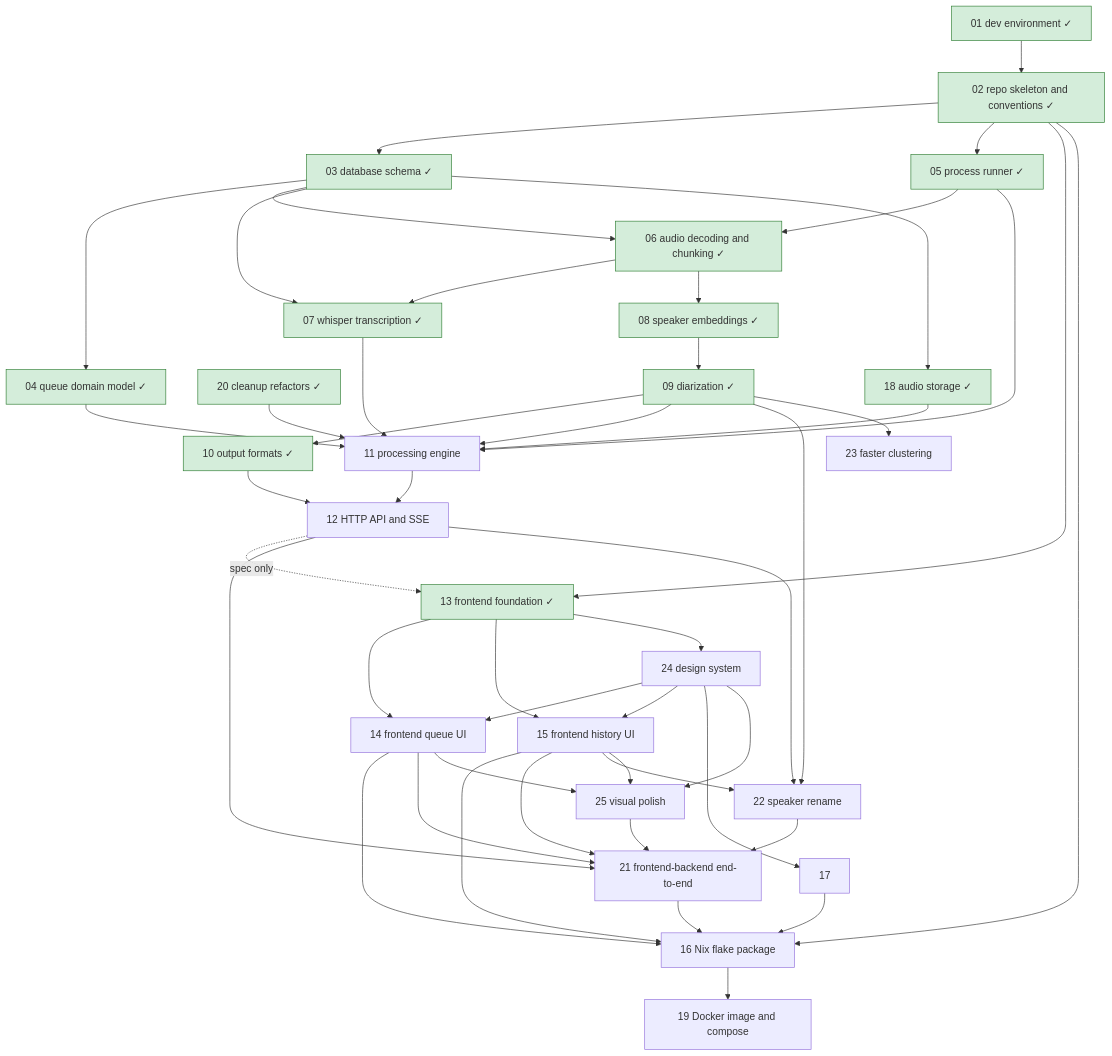
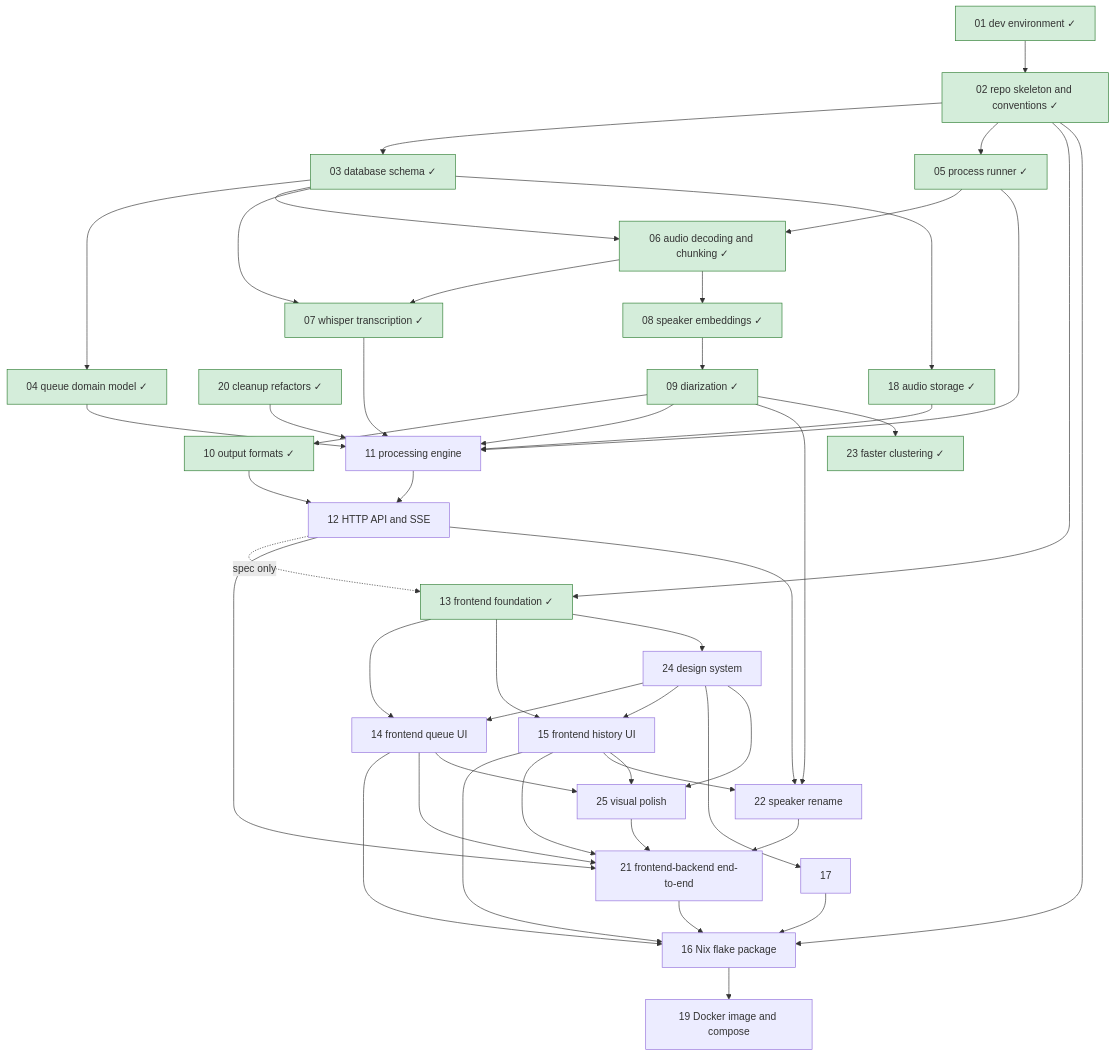
One commit to lulu-berlin/speech-to-text-app changed the diagram in roadmap/README.md. Above: the diagram before and after it, drawn with Mermaid. The commit also changed other lines of this file and 2 other files, not shown here.

Commit message:
Complete roadmap item 23: move spec to docs/specs/faster-clustering.md

````diff
--- a/roadmap/README.md
+++ b/roadmap/README.md
@@ -17,51 +17,51 @@
 ```mermaid
 graph TD
   01[01 dev environment ✓]:::done --> 02[02 repo skeleton and conventions ✓]:::done
   02 --> 03[03 database schema ✓]:::done
   03 --> 04[04 queue domain model ✓]:::done
   02 --> 05[05 process runner ✓]:::done
   05 --> 06[06 audio decoding and chunking ✓]:::done
   03 --> 06
   06 --> 07[07 whisper transcription ✓]:::done
   03 --> 07
   06 --> 08[08 speaker embeddings ✓]:::done
   08 --> 09[09 diarization ✓]:::done
   09 --> 10[10 output formats ✓]:::done
   04 --> 11[11 processing engine]
   05 --> 11
   07 --> 11
   09 --> 11
   03 --> 18[18 audio storage ✓]:::done
   18 --> 11
   20 --> 11
   11 --> 12[12 HTTP API and SSE]
   10 --> 12
   02 --> 13[13 frontend foundation ✓]:::done
   12 -. spec only .-> 13
   13 --> 14[14 frontend queue UI]
   13 --> 15[15 frontend history UI]
   02 --> 16[16 Nix flake package]
   14 --> 16
   15 --> 16
   17 --> 16
   20[20 cleanup refactors ✓]:::done
   12 --> 21[21 frontend-backend end-to-end]
   14 --> 21
   15 --> 21
   22 --> 21
   25 --> 21
   16 --> 19[19 Docker image and compose]
   21 --> 16
   09 --> 22[22 speaker rename]
   12 --> 22
   15 --> 22
-  09 --> 23[23 faster clustering]
+  09 --> 23[23 faster clustering ✓]:::done
   13 --> 24[24 design system]
   24 --> 14
   24 --> 15
   24 --> 17
   24 --> 25[25 visual polish]
   14 --> 25
   15 --> 25
   classDef done fill:#d4edda,stroke:#2e7d32
 ```
````
